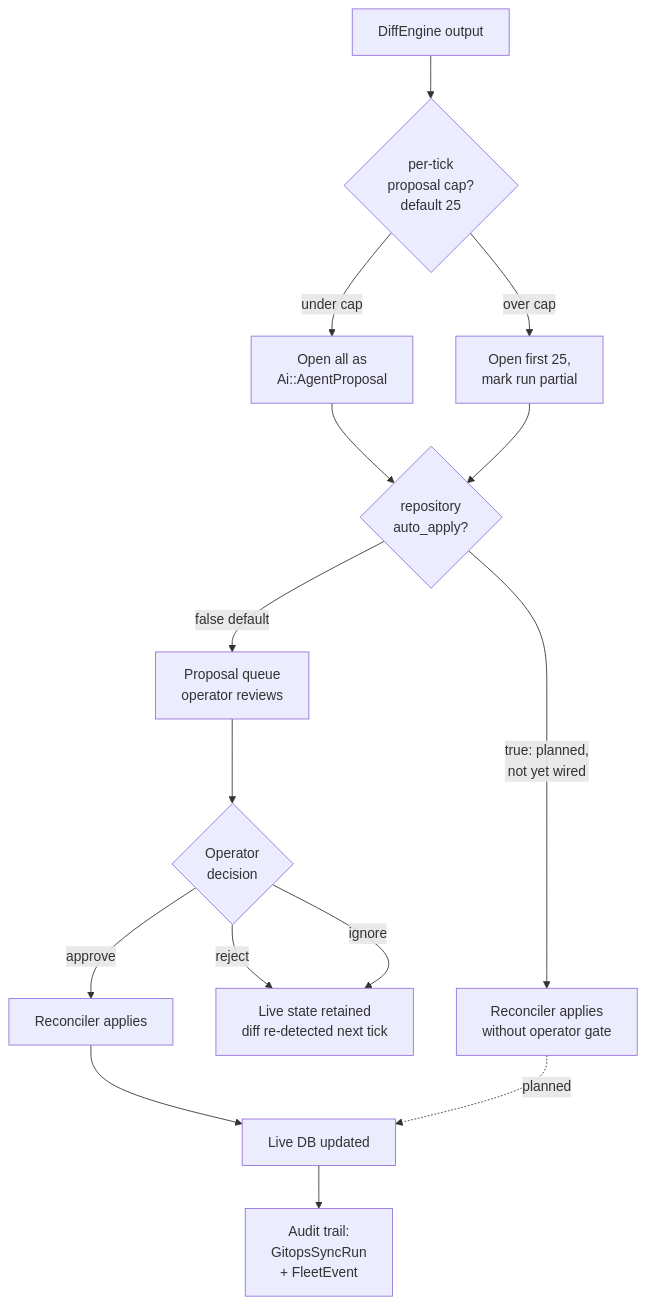
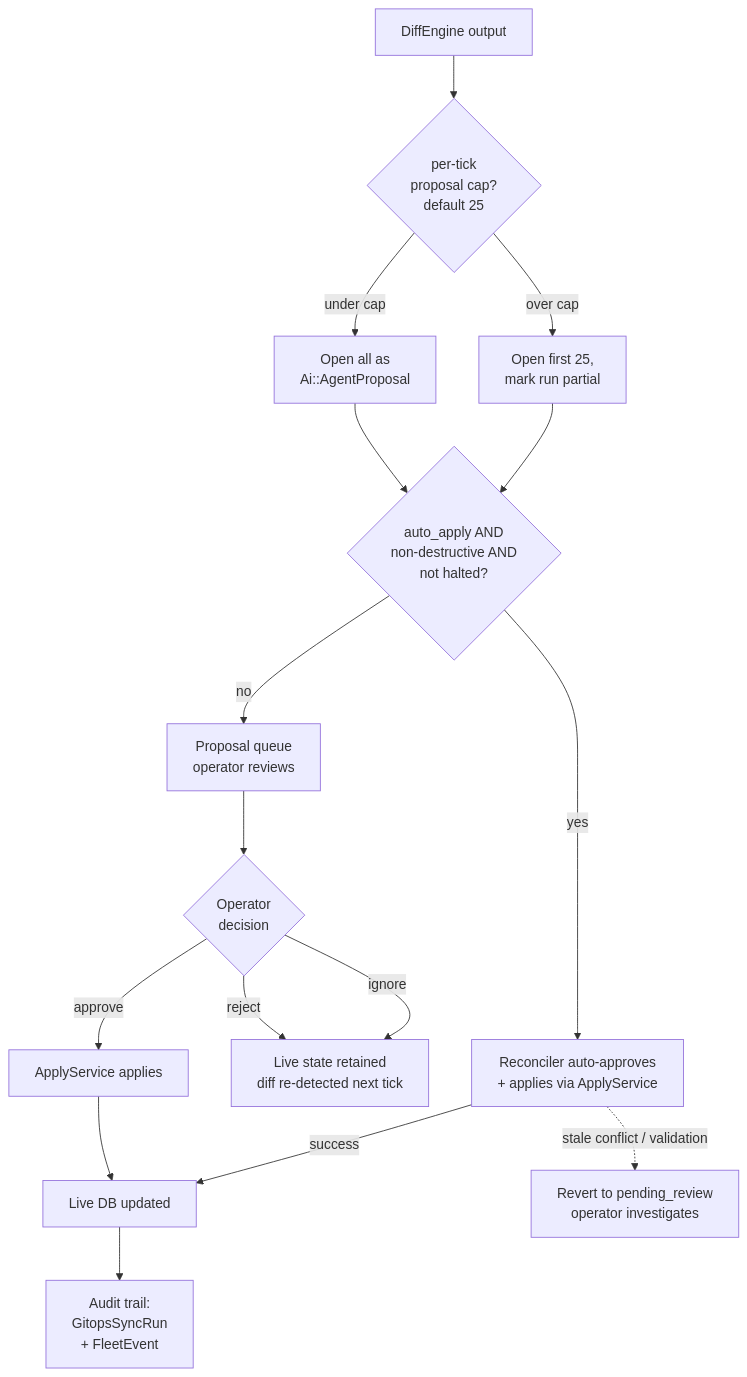
Before and after one commit to nodealchemy/powernode-system: the second of 2 diagrams in docs/gitops.md, drawn with Mermaid. The commit also changed other lines of this file and 4 other files, not shown here.

First line of the commit message:
feat(gitops): wire auto-apply with safety gates

````diff
--- a/docs/gitops.md
+++ b/docs/gitops.md
@@ -81,17 +88,18 @@
 ```mermaid
 flowchart TD
     Diff[DiffEngine output] --> Cap{per-tick<br/>proposal cap?<br/>default 25}
     Cap -->|under cap| OpenAll[Open all as<br/>Ai::AgentProposal]
     Cap -->|over cap| OpenSome[Open first 25,<br/>mark run partial]
-    OpenAll --> Mode{repository<br/>auto_apply?}
-    OpenSome --> Mode
-    Mode -->|false default| Queue[Proposal queue<br/>operator reviews]
-    Mode -->|true: planned,<br/>not yet wired| AutoApply[Reconciler applies<br/>without operator gate]
+    OpenAll --> Gate{auto_apply AND<br/>non-destructive AND<br/>not halted?}
+    OpenSome --> Gate
+    Gate -->|no| Queue[Proposal queue<br/>operator reviews]
+    Gate -->|yes| AutoApply[Reconciler auto-approves<br/>+ applies via ApplyService]
     Queue --> Op{Operator<br/>decision}
-    Op -->|approve| Apply[Reconciler applies]
+    Op -->|approve| Apply[ApplyService applies]
     Op -->|reject| Retain[Live state retained<br/>diff re-detected next tick]
     Op -->|ignore| Retain
     Apply --> Sync2[Live DB updated]
-    AutoApply -.planned.-> Sync2
+    AutoApply -->|success| Sync2
+    AutoApply -.stale conflict / validation.-> Revert[Revert to pending_review<br/>operator investigates]
     Sync2 --> Audit[Audit trail:<br/>GitopsSyncRun<br/>+ FleetEvent]
 ```
````
